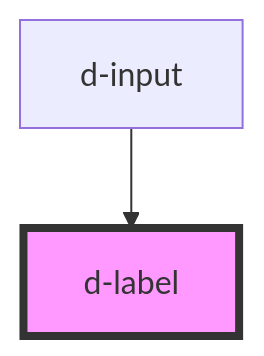
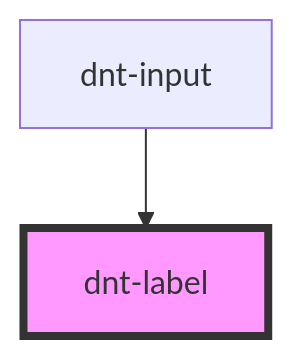
Before and after one commit to esaramago/dante: the diagram in src/components/label/readme.md, drawn with Mermaid. The commit also changed other lines of this file and 5 other files, not shown here.

````diff
--- a/src/components/label/readme.md
+++ b/src/components/label/readme.md
@@ -23,5 +23,5 @@
 ```mermaid
 graph TD;
-  d-input --> d-label
-  style d-label fill:#f9f,stroke:#333,stroke-width:4px
+  dnt-input --> dnt-label
+  style dnt-label fill:#f9f,stroke:#333,stroke-width:4px
 ```
````
